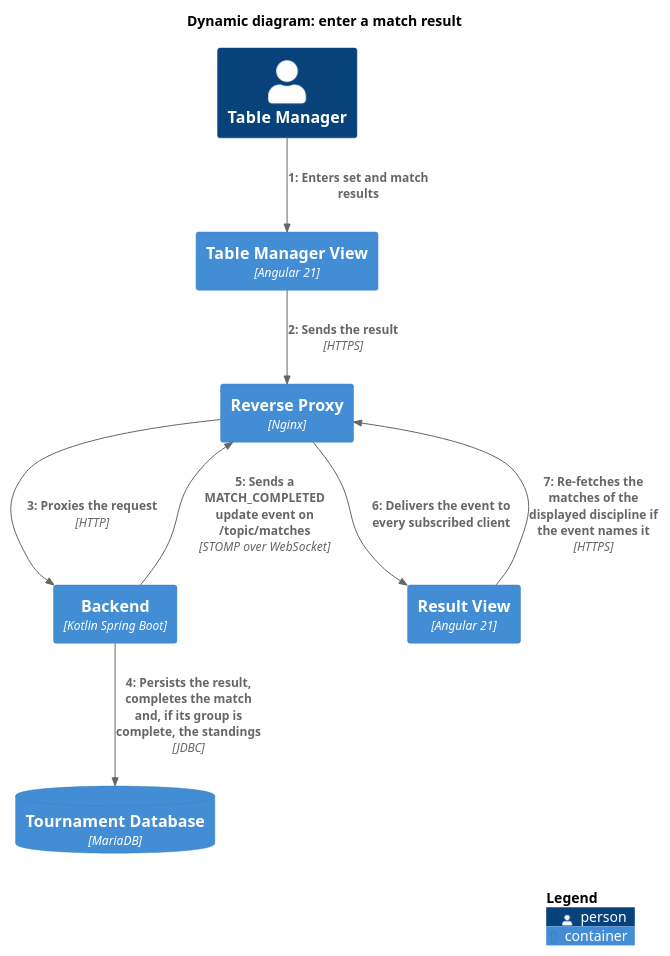
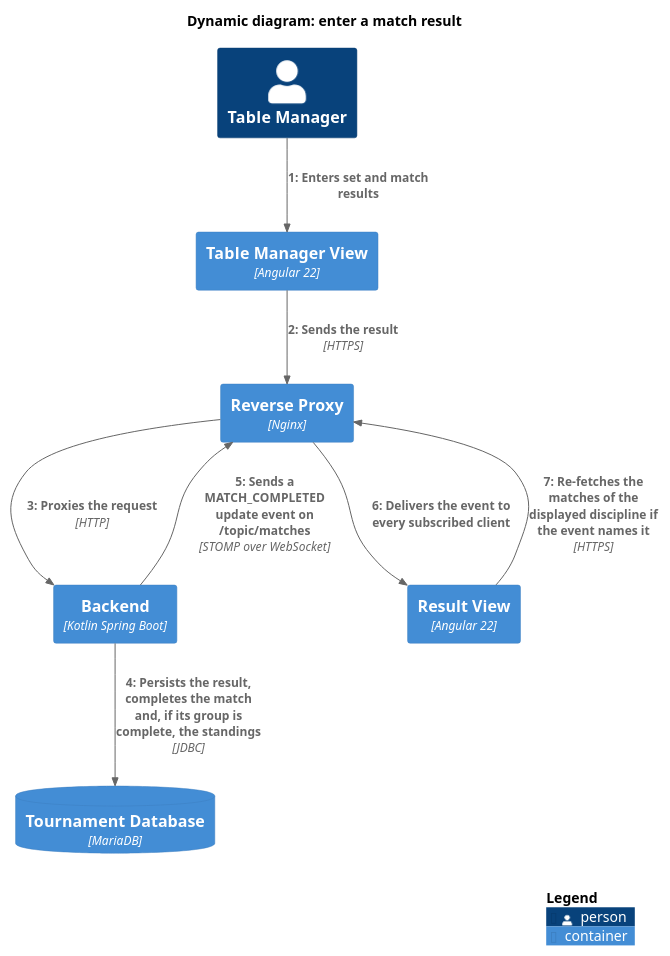
Before and after one commit to table-tennis-tournament/management-clients: the diagram in docs/arc42/diagrams/dynamic-result.puml, drawn with PlantUML. The commit also changed 9 other files, not shown here.

```diff
--- a/docs/arc42/diagrams/dynamic-result.puml
+++ b/docs/arc42/diagrams/dynamic-result.puml
@@ -1,22 +1,22 @@
 @startuml
 !include C4/C4_Dynamic.puml
 
 title Dynamic diagram: enter a match result
 
 Person(tableManager, "Table Manager")
-Container(tableManagerView, "Table Manager View", "Angular 21")
+Container(tableManagerView, "Table Manager View", "Angular 22")
 Container(nginx, "Reverse Proxy", "Nginx")
 Container(backend, "Backend", "Kotlin Spring Boot")
 ContainerDb(mariadb, "Tournament Database", "MariaDB")
-Container(resultView, "Result View", "Angular 21")
+Container(resultView, "Result View", "Angular 22")
 
 RelIndex(1, tableManager, tableManagerView, "Enters set and match results")
 RelIndex(2, tableManagerView, nginx, "Sends the result", "HTTPS")
 RelIndex(3, nginx, backend, "Proxies the request", "HTTP")
 RelIndex(4, backend, mariadb, "Persists the result, completes the match and, if its group is complete, the standings", "JDBC")
 RelIndex(5, backend, nginx, "Sends a MATCH_COMPLETED update event on /topic/matches", "STOMP over WebSocket")
 RelIndex(6, nginx, resultView, "Delivers the event to every subscribed client")
 RelIndex(7, resultView, nginx, "Re-fetches the matches of the displayed discipline if the event names it", "HTTPS")
 
 SHOW_LEGEND()
 @enduml
```
